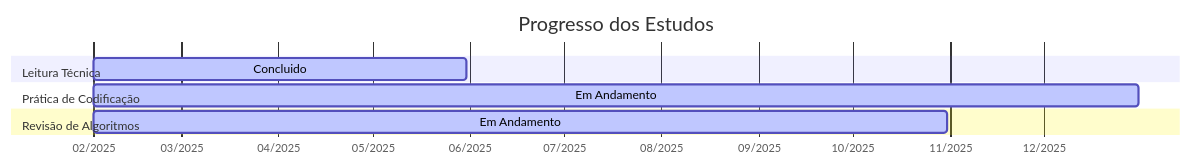
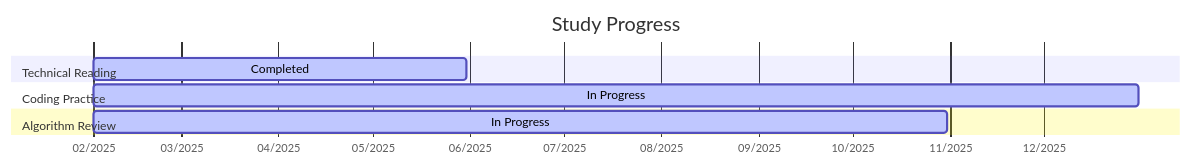
The second of 2 diagrams in README.md (delblerferreira/delblerferreira), drawn with Mermaid before and after one commit. The commit also changed other lines of this file, not shown here.

````diff
--- a/README.md
+++ b/README.md
@@ -192,12 +192,12 @@
 ```mermaid
 gantt
-    title Progresso dos Estudos
+    title Study Progress
     dateFormat  YYYY-MM-DD
     axisFormat  %m/%Y
-    section Leitura Técnica
-    Concluido           :active,    lt, 2025-02-01, 2025-05-31
-    section Prática de Codificação
-    Em Andamento           :active,    pc, 2025-02-01, 2025-12-31
-    section Revisão de Algoritmos
-    Em Andamento           :active,    ra, 2025-02-01, 2025-10-31
+    section Technical Reading
+    Completed           :active,    lt, 2025-02-01, 2025-05-31
+    section Coding Practice
+    In Progress           :active,    pc, 2025-02-01, 2025-12-31
+    section Algorithm Review
+    In Progress           :active,    ra, 2025-02-01, 2025-10-31
 ```
````
